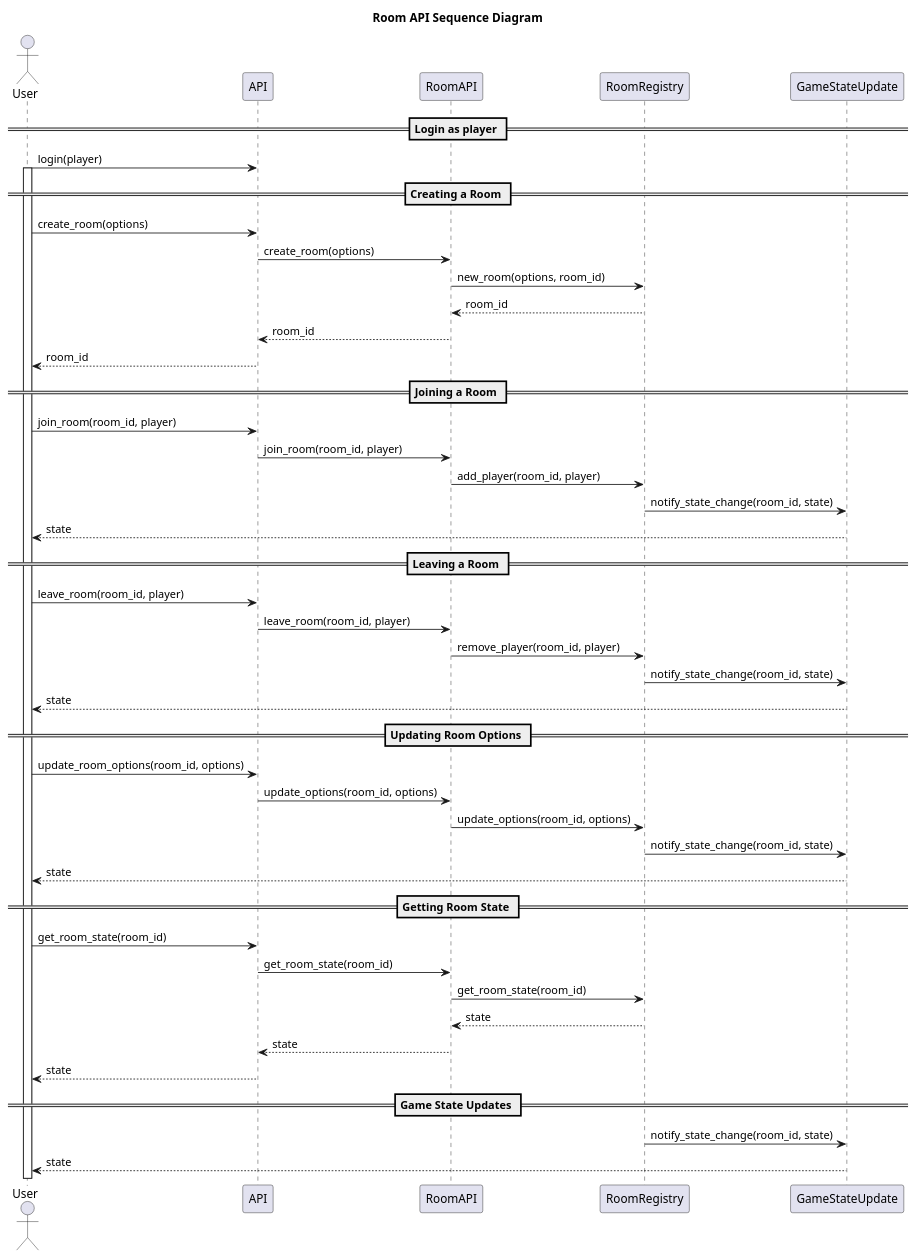
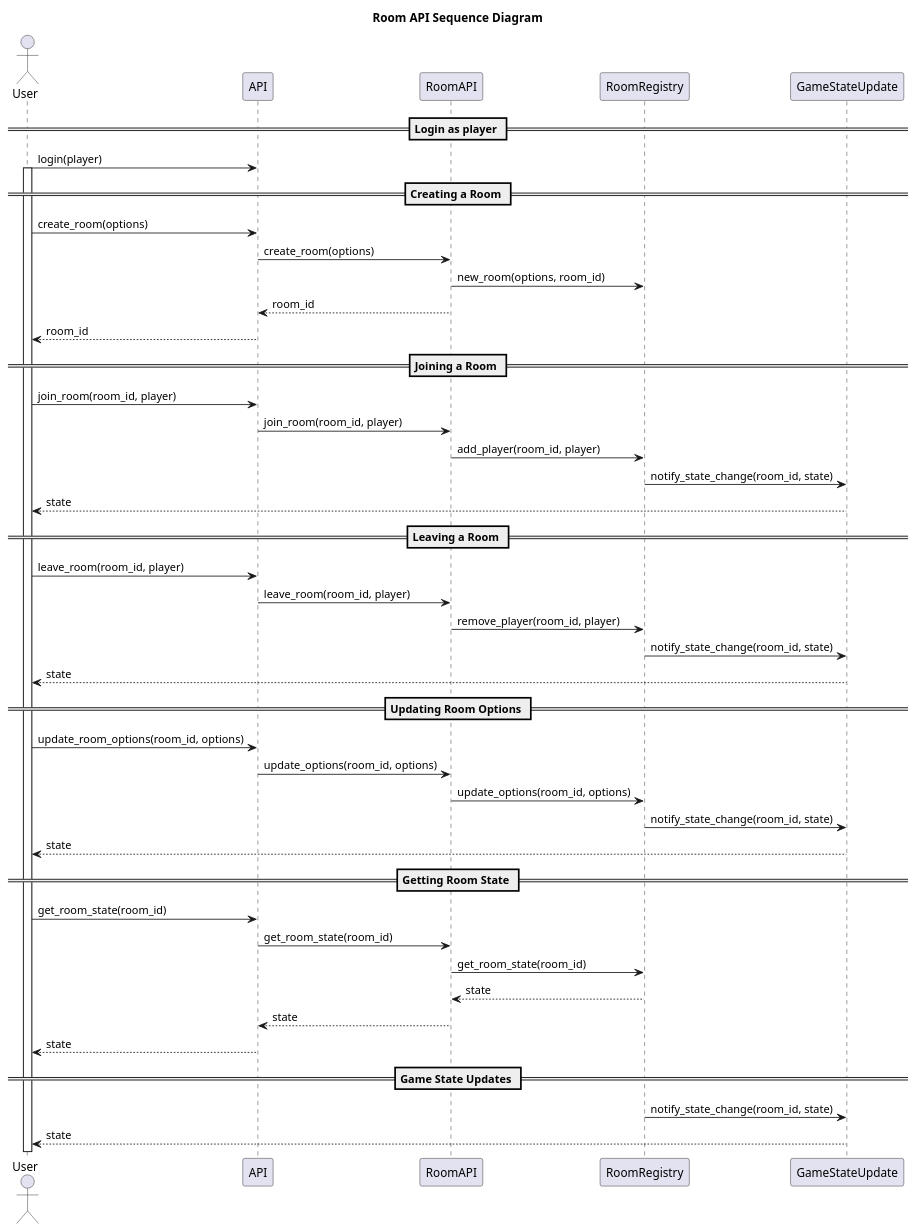
One commit to HampusSiik/minesweeper-with-friends changed the diagram in doc/api-sequence-diagram.puml. Above: the diagram before and after it, drawn with PlantUML.

Commit message:
Remove unused return value from RoomAPI create_room interaction in API sequence diagram

```diff
--- a/doc/api-sequence-diagram.puml
+++ b/doc/api-sequence-diagram.puml
@@ -1,57 +1,56 @@
 @startuml api-sequence
 
 title Room API Sequence Diagram
 
 actor User
 participant "API" as API
 participant "RoomAPI" as RoomAPI
 participant "RoomRegistry" as Room
 participant "GameStateUpdate" as Update
 
 == Login as player ==
 
 User -> API: login(player)
 activate User
 
 == Creating a Room ==
 User -> API: create_room(options)
 API -> RoomAPI: create_room(options)
 RoomAPI -> Room: new_room(options, room_id)
-Room --> RoomAPI: room_id
 RoomAPI --> API: room_id
 API --> User: room_id
 
 == Joining a Room ==
 User -> API: join_room(room_id, player)
 API -> RoomAPI: join_room(room_id, player)
 RoomAPI -> Room: add_player(room_id, player)
 Room -> Update: notify_state_change(room_id, state)
 Update --> User: state
 
 == Leaving a Room ==
 User -> API: leave_room(room_id, player)
 API -> RoomAPI: leave_room(room_id, player)
 RoomAPI -> Room: remove_player(room_id, player)
 Room -> Update: notify_state_change(room_id, state)
 Update --> User: state
 
 == Updating Room Options ==
 User -> API: update_room_options(room_id, options)
 API -> RoomAPI: update_options(room_id, options)
 RoomAPI -> Room: update_options(room_id, options)
 Room -> Update: notify_state_change(room_id, state)
 Update --> User: state
 
 == Getting Room State ==
 User -> API: get_room_state(room_id)
 API -> RoomAPI: get_room_state(room_id)
 RoomAPI -> Room: get_room_state(room_id)
 Room --> RoomAPI: state
 RoomAPI --> API: state
 API --> User: state
 
 == Game State Updates ==
 Room -> Update: notify_state_change(room_id, state)
 Update --> User: state
 
 @enduml
```
